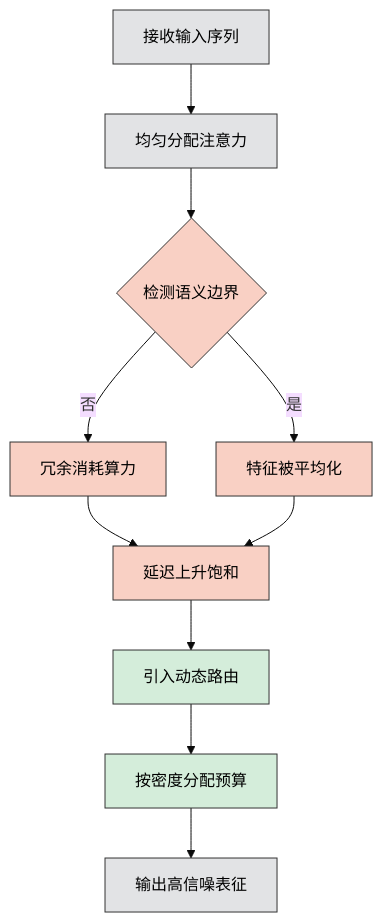
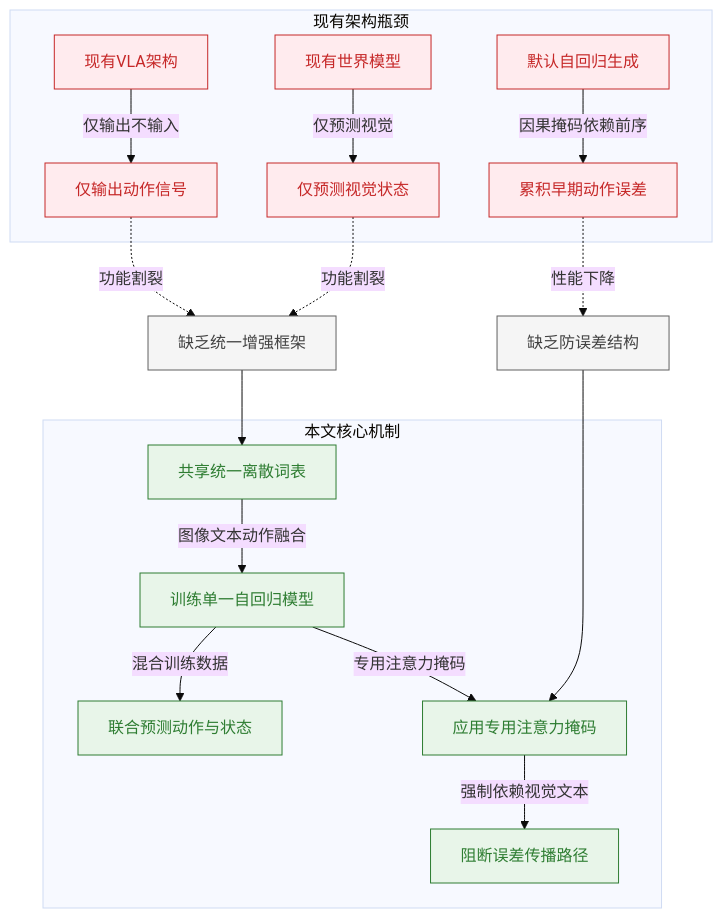
The first of 10 diagrams in person_vault/2026-06-08_WorldVLA_2506.21539/report.md (ShinewineW/paper-rolling), drawn with Mermaid (base theme) before and after one commit. The commit also changed other lines of this file and 51 other files, not shown here.

````diff
--- a/person_vault/2026-06-08_WorldVLA_2506.21539/report.md
+++ b/person_vault/2026-06-08_WorldVLA_2506.21539/report.md
@@ -46,20 +56,30 @@
 ```mermaid
 flowchart TD
-    classDef bottleneck fill:#f9d0c4,color:#000,stroke:#333;
-    classDef insight fill:#d4edda,color:#000,stroke:#333;
-    classDef process fill:#e2e3e5,color:#000,stroke:#333;
+    classDef bottleneck fill:#ffebee,stroke:#c62828,color:#c62828;
+    classDef solution fill:#e8f5e9,stroke:#2e7d32,color:#2e7d32;
+    classDef process fill:#f5f5f5,stroke:#616161,color:#424242;
 
-    start["接收输入序列"] --> static_alloc["均匀分配注意力"]
-    static_alloc --> bottleneck{检测语义边界}
-    bottleneck -- 否 --> noise_process["冗余消耗算力"]
-    bottleneck -- 是 --> signal_loss["特征被平均化"]
-    noise_process --> perf_drop["延迟上升饱和"]
-    signal_loss --> perf_drop
-    perf_drop --> insight["引入动态路由"]
-    insight --> dynamic_alloc["按密度分配预算"]
-    dynamic_alloc --> end_state["输出高信噪表征"]
+    subgraph current_limitations ["现有架构瓶颈"]
+        current_vla["现有VLA架构"] -->|仅输出不输入| output_only["仅输出动作信号"]
+        current_wm["现有世界模型"] -->|仅预测视觉| predict_visual["仅预测视觉状态"]
+        default_ar["默认自回归生成"] -->|因果掩码依赖前序| accumulate_error["累积早期动作误差"]
+    end
 
-    class bottleneck,noise_process,signal_loss,perf_drop bottleneck;
-    class insight,dynamic_alloc insight;
-    class start,static_alloc,end_state process;
+    subgraph proposed_mechanism ["本文核心机制"]
+        share_vocab["共享统一离散词表"] -->|图像文本动作融合| train_single_llm["训练单一自回归模型"]
+        train_single_llm -->|混合训练数据| joint_predict["联合预测动作与状态"]
+        train_single_llm -->|专用注意力掩码| apply_special_mask["应用专用注意力掩码"]
+        apply_special_mask -->|强制依赖视觉文本| block_error_prop["阻断误差传播路径"]
+    end
+
+    output_only -.->|功能割裂| gap_unified["缺乏统一增强框架"]
+    predict_visual -.->|功能割裂| gap_unified
+    accumulate_error -.->|性能下降| gap_mask["缺乏防误差结构"]
+    
+    gap_unified --> share_vocab
+    gap_mask --> apply_special_mask
+
+    class current_vla,current_wm,default_ar,output_only,predict_visual,accumulate_error bottleneck;
+    class share_vocab,train_single_llm,joint_predict,apply_special_mask,block_error_prop solution;
+    class gap_unified,gap_mask process;
 ```
````
